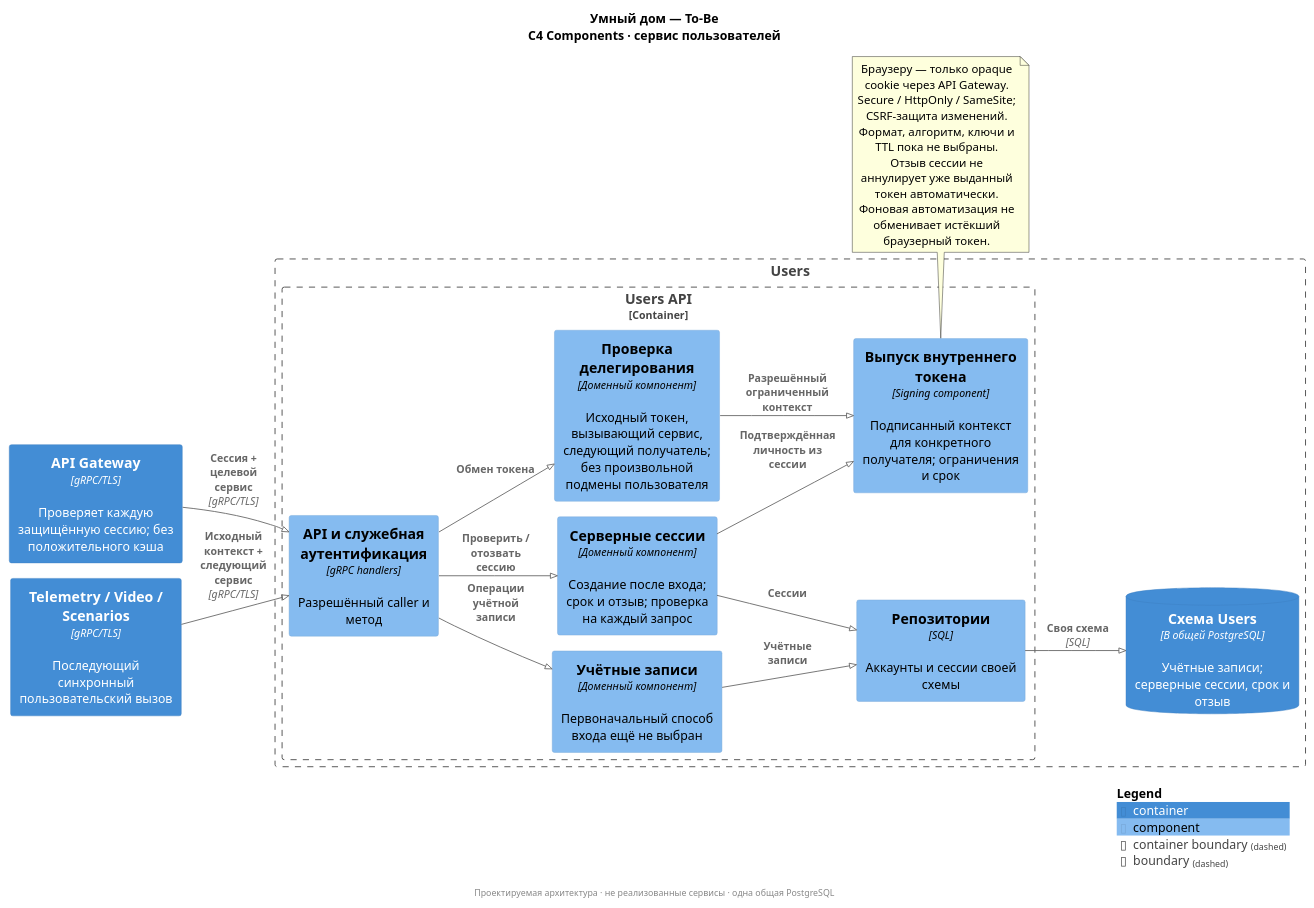
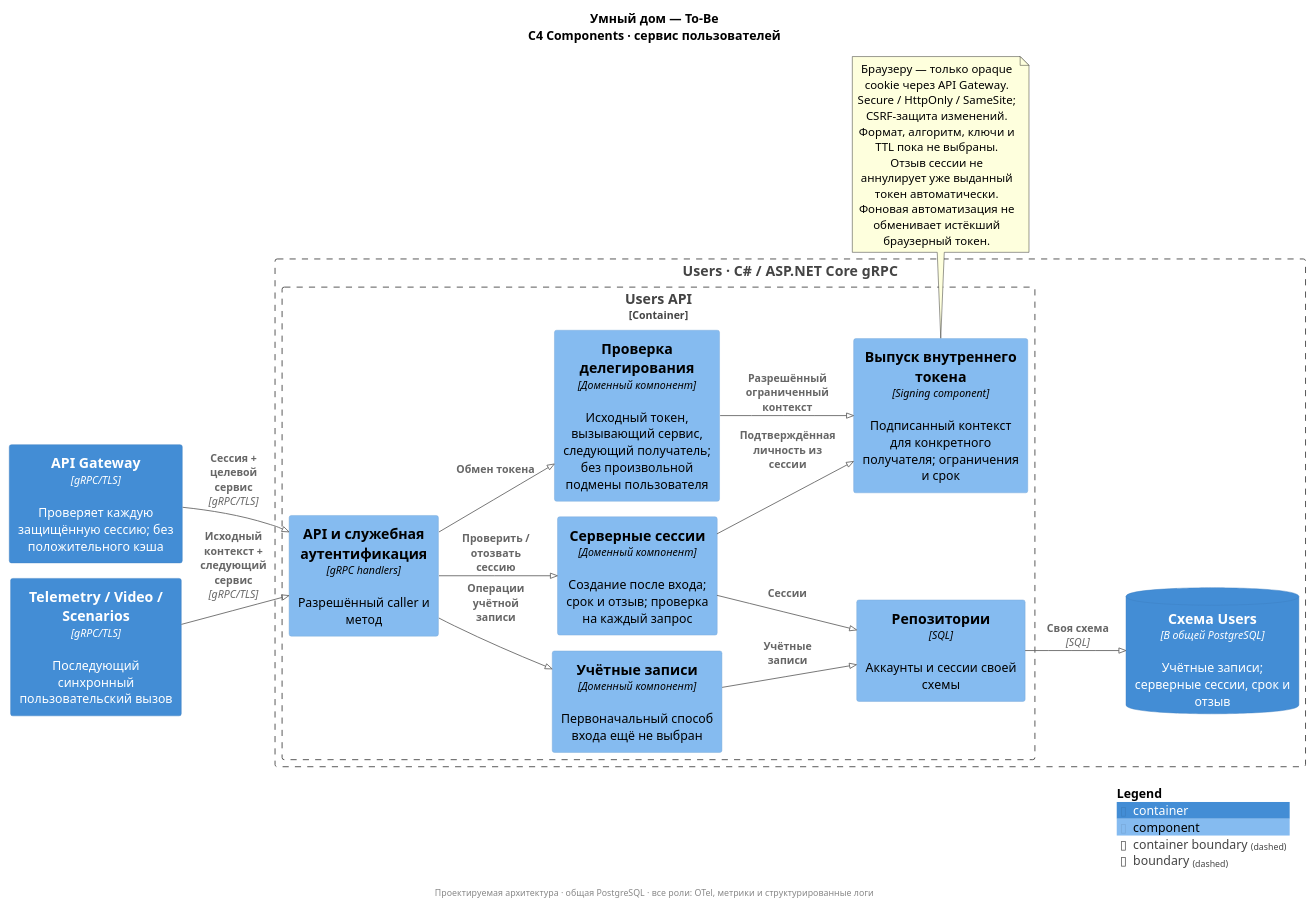
One commit to avitamin/architecture-pro-warmhouse changed the diagram in schemas/to-be-components-users.puml. Above: the diagram before and after it, drawn with PlantUML. The commit also changed 30 other files, not shown here.

Commit message:
Complete task 2 C4 architecture and technology decisions

```diff
--- a/schemas/to-be-components-users.puml
+++ b/schemas/to-be-components-users.puml
@@ -1,49 +1,49 @@
 @startuml to-be-components-users
 !pragma layout smetana
 !include <C4/C4_Component>
 LAYOUT_LEFT_RIGHT()
 skinparam defaultFontName SansSerif
 skinparam shadowing false
 skinparam wrapWidth 180
 skinparam maxMessageSize 100
 skinparam nodesep 35
 skinparam ranksep 65
 title
 Умный дом — To-Be
 C4 Components · сервис пользователей
 end title
 
 Container(edge, "API Gateway", "gRPC/TLS", "Проверяет каждую защищённую сессию; без положительного кэша")
 Container(callers, "Telemetry / Video / Scenarios", "gRPC/TLS", "Последующий синхронный пользовательский вызов")
-Boundary(service, "Users") {
+Boundary(service, "Users · C# / ASP.NET Core gRPC") {
   Container_Boundary(api, "Users API") {
     Component(entry, "API и служебная аутентификация", "gRPC handlers", "Разрешённый caller и метод")
     Component(accounts, "Учётные записи", "Доменный компонент", "Первоначальный способ входа ещё не выбран")
     Component(sessions, "Серверные сессии", "Доменный компонент", "Создание после входа; срок и отзыв; проверка на каждый запрос")
     Component(exchange, "Проверка делегирования", "Доменный компонент", "Исходный токен, вызывающий сервис, следующий получатель; без произвольной подмены пользователя")
     Component(issuer, "Выпуск внутреннего токена", "Signing component", "Подписанный контекст для конкретного получателя; ограничения и срок")
     Component(repo, "Репозитории", "SQL", "Аккаунты и сессии своей схемы")
   }
   ContainerDb(db, "Схема Users", "В общей PostgreSQL", "Учётные записи; серверные сессии, срок и отзыв")
 }
 Rel(edge, entry, "Сессия + целевой сервис", "gRPC/TLS")
 Rel(callers, entry, "Исходный контекст + следующий сервис", "gRPC/TLS")
 Rel(entry, sessions, "Проверить / отозвать сессию")
 Rel(entry, accounts, "Операции учётной записи")
 Rel(entry, exchange, "Обмен токена")
 Rel(sessions, issuer, "Подтверждённая личность из сессии")
 Rel(exchange, issuer, "Разрешённый ограниченный контекст")
 Rel(accounts, repo, "Учётные записи")
 Rel(sessions, repo, "Сессии")
 Rel(repo, db, "Своя схема", "SQL")
 note bottom of issuer
   Браузеру — только opaque cookie через API Gateway.
   Secure / HttpOnly / SameSite; CSRF-защита изменений.
   Формат, алгоритм, ключи и TTL пока не выбраны.
   Отзыв сессии не аннулирует уже выданный токен автоматически.
   Фоновая автоматизация не обменивает истёкший браузерный токен.
 end note
 
 SHOW_LEGEND()
-footer Проектируемая архитектура · не реализованные сервисы · одна общая PostgreSQL
+footer Проектируемая архитектура · общая PostgreSQL · все роли: OTel, метрики и структурированные логи
 @enduml
```
